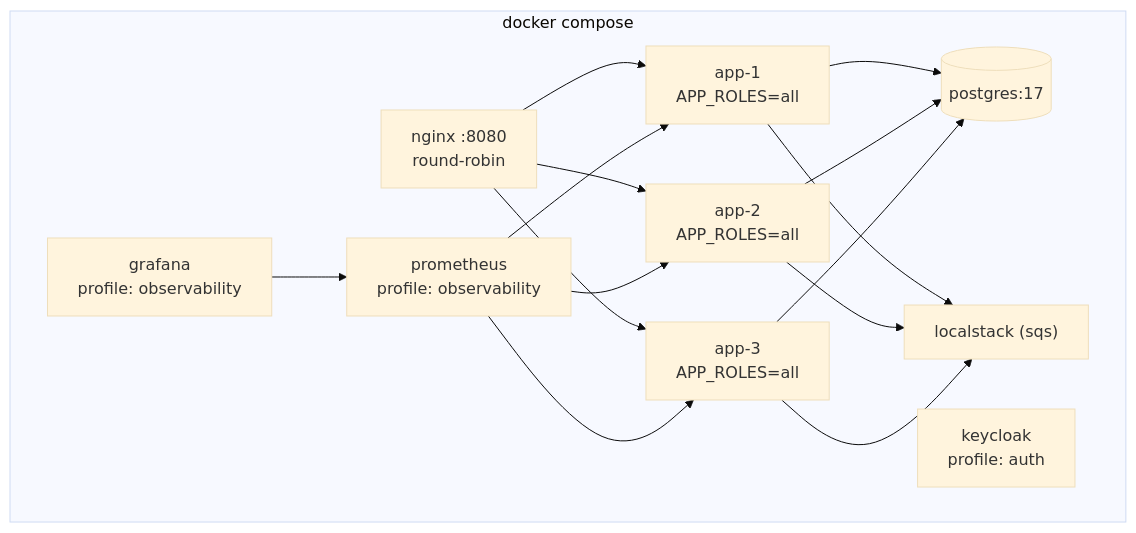
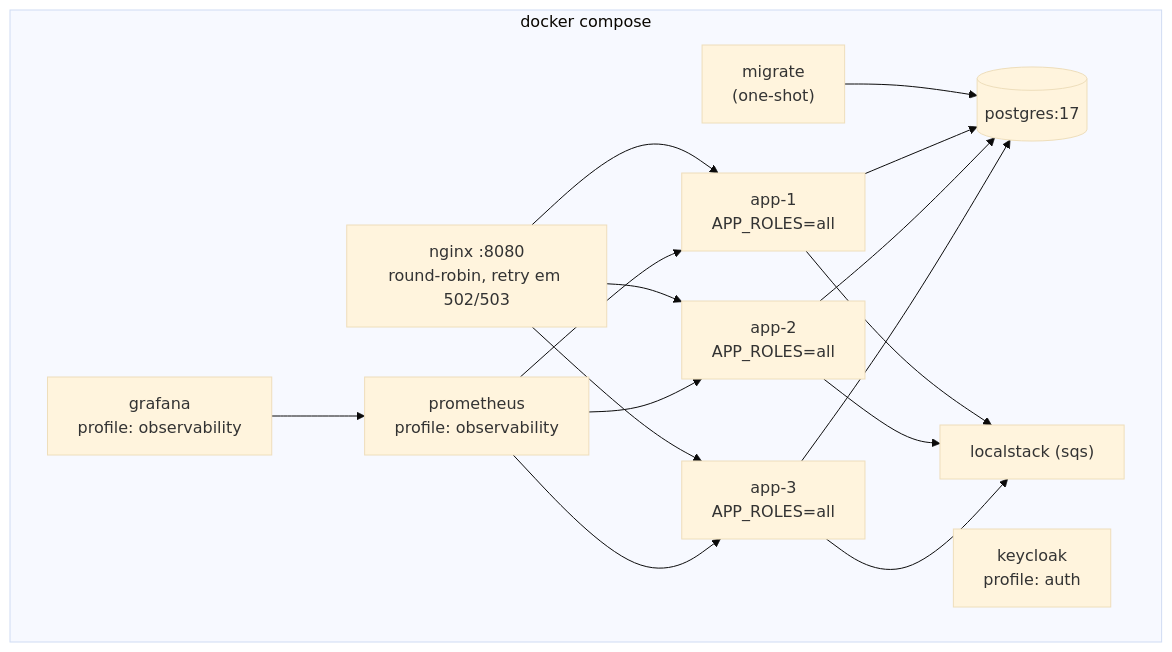
The second of 13 diagrams in ARCHITECTURE.md (RodrigoTorreao/jungle-backend), drawn with Mermaid (base theme) before and after one commit. The commit also changed other lines of this file and 4 other files, not shown here.

````diff
--- a/ARCHITECTURE.md
+++ b/ARCHITECTURE.md
@@ -95,19 +95,21 @@
 ```mermaid
 flowchart TB
     subgraph compose["docker compose"]
-        LB["nginx :8080<br/>round-robin"]
+        LB["nginx :8080<br/>round-robin, retry em 502/503"]
+        MG["migrate<br/>(one-shot)"]
         A1["app-1<br/>APP_ROLES=all"]
         A2["app-2<br/>APP_ROLES=all"]
         A3["app-3<br/>APP_ROLES=all"]
         PG[("postgres:17")]
         LS["localstack (sqs)"]
         KC["keycloak<br/>profile: auth"]
         PR["prometheus<br/>profile: observability"]
         GF["grafana<br/>profile: observability"]
     end
     LB --> A1 & A2 & A3
+    MG --> PG
     A1 & A2 & A3 --> PG
     A1 & A2 & A3 --> LS
     PR --> A1 & A2 & A3
     GF --> PR
 ```
````
